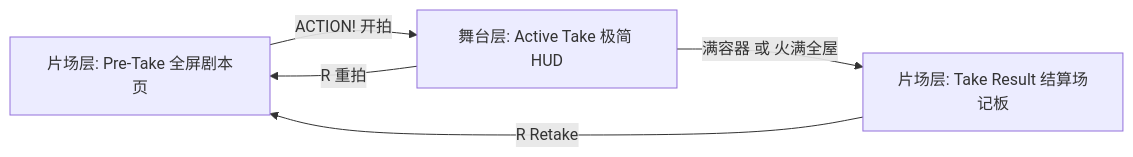
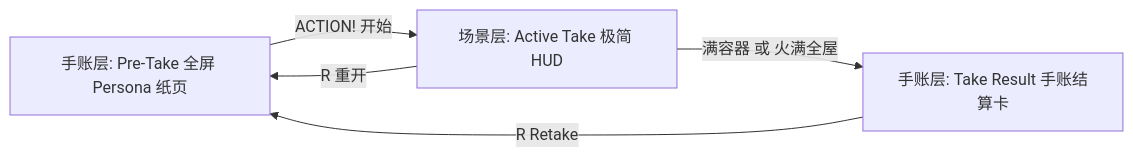
One commit to orwhd/gamejam changed the diagram in docs/07_UI_UX_SPEC.md. Above: the diagram before and after it, drawn with Mermaid. The commit also changed other lines of this file and 6 other files, not shown here.

````diff
--- a/docs/07_UI_UX_SPEC.md
+++ b/docs/07_UI_UX_SPEC.md
@@ -60,7 +60,7 @@
 ```mermaid
 flowchart LR
-    A["片场层: Pre-Take 全屏剧本页"] -->|"ACTION! 开拍"| B["舞台层: Active Take 极简 HUD"]
-    B -->|"满容器 或 火满全屋"| C["片场层: Take Result 结算场记板"]
-    B -->|"R 重拍"| A
+    A["手账层: Pre-Take 全屏 Persona 纸页"] -->|"ACTION! 开始"| B["场景层: Active Take 极简 HUD"]
+    B -->|"满容器 或 火满全屋"| C["手账层: Take Result 手账结算卡"]
+    B -->|"R 重开"| A
     C -->|"R Retake"| A
 ```
````
